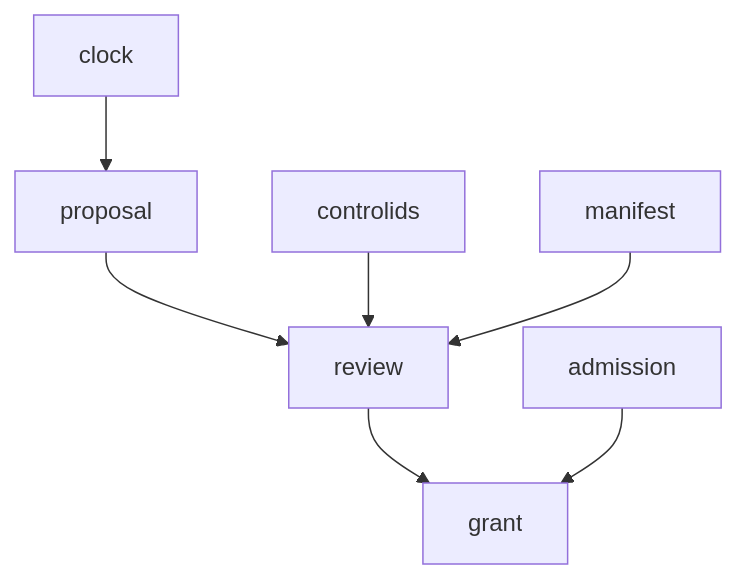
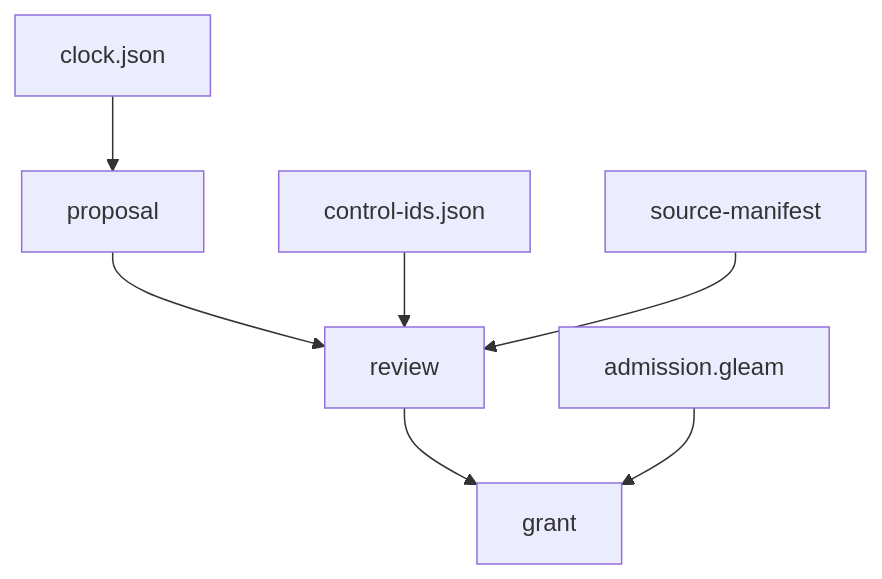
The diagram in docs/journal/20261027-0547-hive-development-grant-review-journal.md (Anaik7799/uos), drawn with Mermaid before and after one commit. The commit also changed 50 other files, not shown here.

````diff
--- a/docs/journal/20261027-0547-hive-development-grant-review-journal.md
+++ b/docs/journal/20261027-0547-hive-development-grant-review-journal.md
@@ -34,9 +34,9 @@
 ```mermaid
 flowchart TD
-    clock --> proposal
+    clock["clock.json"] --> proposal
     proposal --> review
-    controlids --> review
-    manifest --> review
+    controlids["control-ids.json"] --> review
+    manifest["source-manifest"] --> review
     review --> grant
-    admission --> grant
+    admission["admission.gleam"] --> grant
 ```
````
